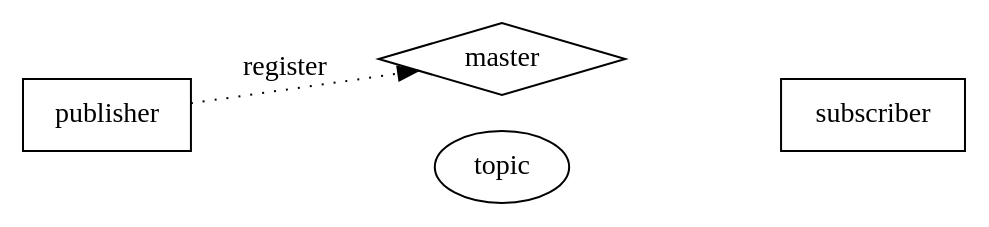
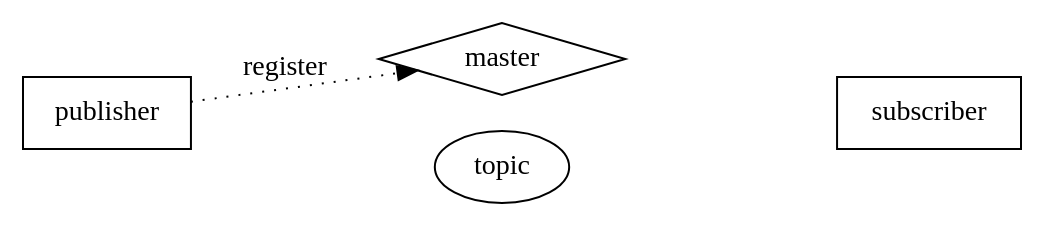
One commit to shihyuan/duckietown_ros_slides changed the diagram in dot/master_2.dot. Above: the diagram before and after it, drawn with Graphviz. The commit also changed other lines of this file and 9 other files, not shown here.

```diff
--- a/dot/master_2.dot
+++ b/dot/master_2.dot
@@ -1,1 +1,14 @@
-digraph master_2 {rankdir=LR; node [shape=box,style=filled,fillcolor=white]; publisher; subscriber; master [shape=diamond]; node [shape=ellipse,style=filled,fillcolor=white]; topic; {rank=same;master;topic} publisher->master[style=dotted,label="register"]; publisher->topic[style=invis] subscriber->master[style=invis,label="query"]; topic->subscriber[style=invis];}
+digraph {
+	rankdir=LR;
+	node [shape=box,style=filled,fillcolor=white];
+	publisher;
+	subscriber;
+	master [shape=diamond];
+	node [shape=ellipse,style=filled,fillcolor=white];
+	topic;
+	{rank=same;master;topic}
+	publisher->master[style=dotted,label="register"];
+	publisher->topic[style=invis,label="publish"];
+	subscriber->master[style=invis,label="query"];
+	topic->subscriber[style=invis,label="subscribe"];
+}
```
